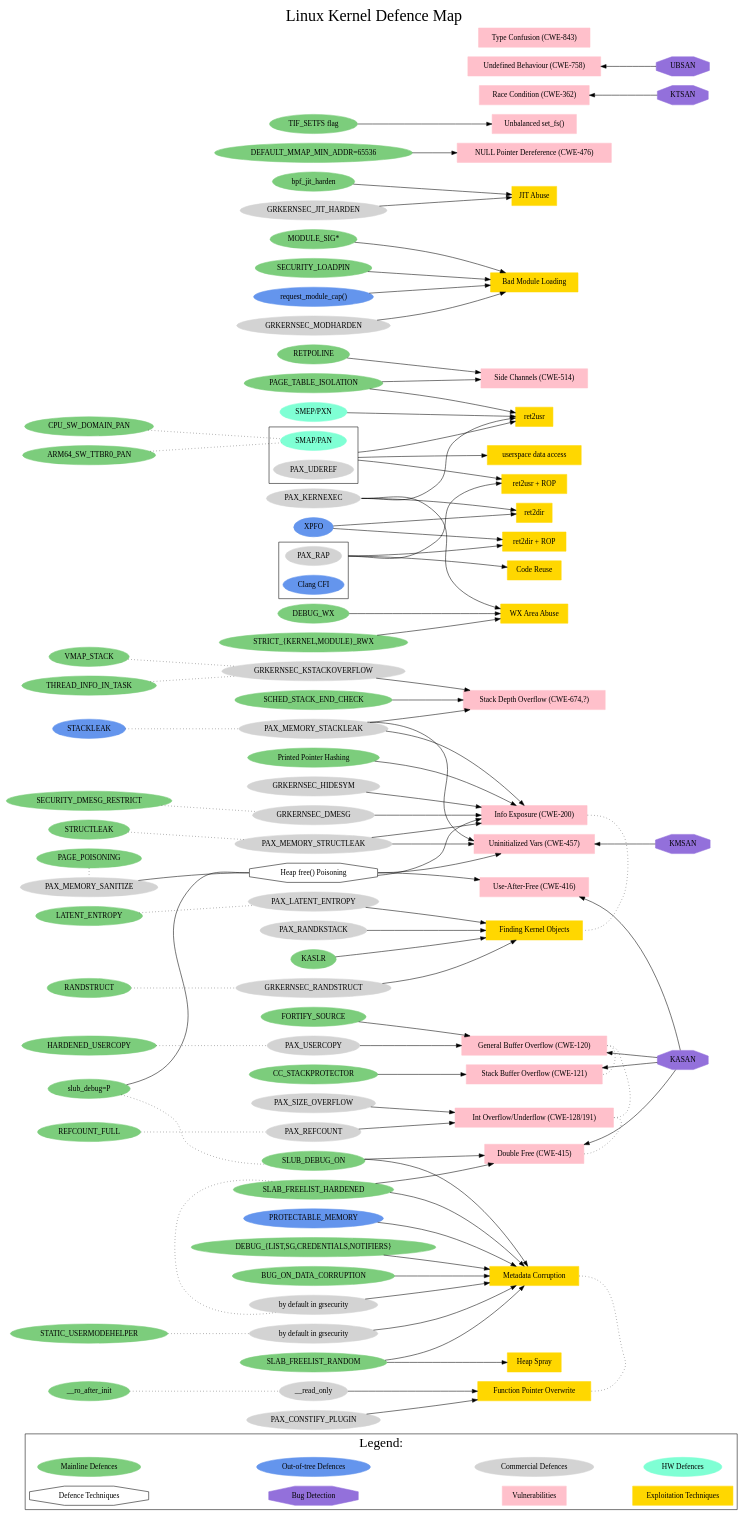
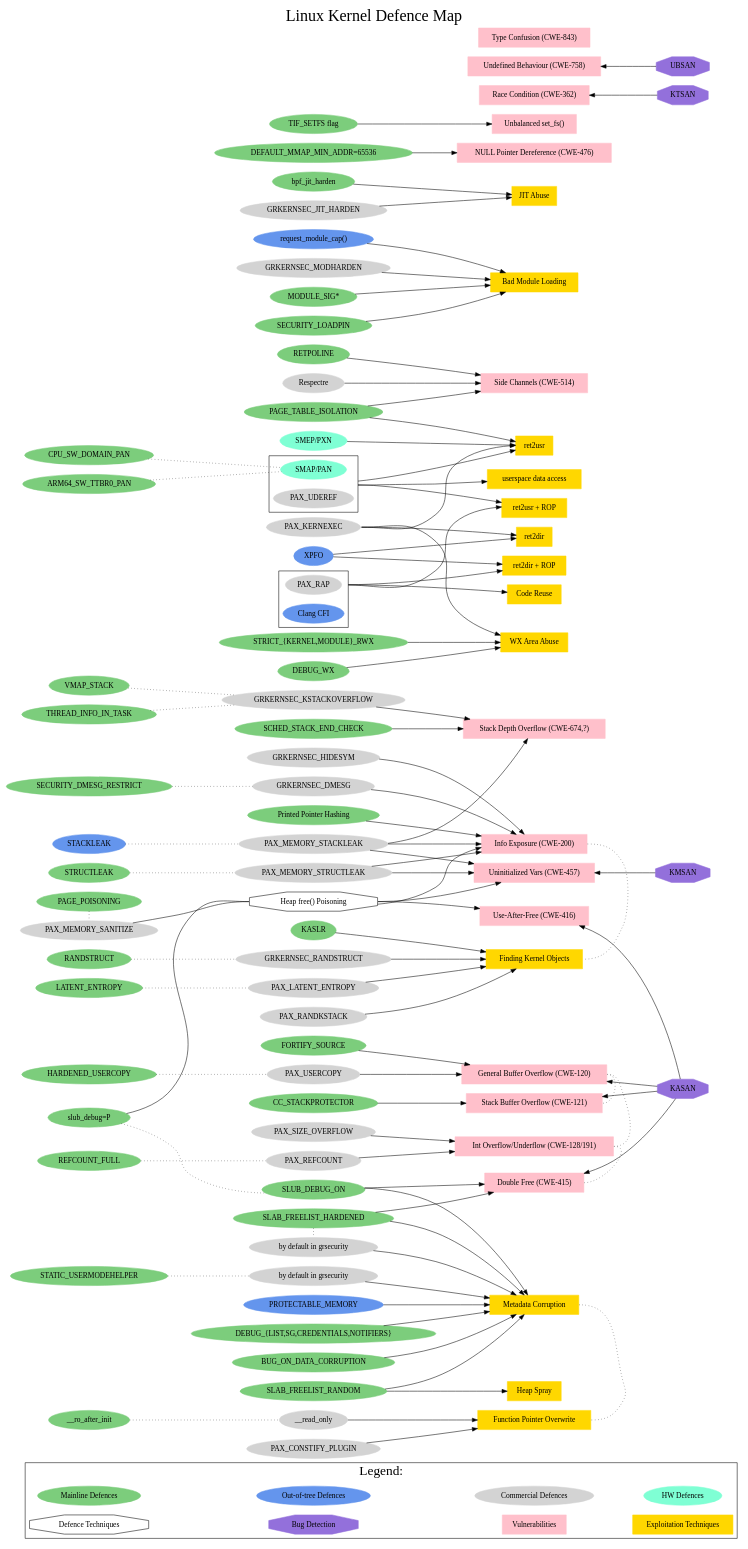
The diagram in linux-kernel-defence-map.dot (a13xp0p0v/linux-kernel-defence-map), drawn with Graphviz before and after one commit. The commit also changed 2 other files, not shown here.

Commit message:
Add Respectre (and update README)

```diff
--- a/linux-kernel-defence-map.dot
+++ b/linux-kernel-defence-map.dot
@@ -115,6 +115,7 @@
     "GRKERNSEC_DMESG";
     grsecurity_hardened_freelist [label="by default in grsecurity"];
     grsecurity_hardened_usermodehelper [label="by default in grsecurity"];
+    "Respectre";
 
     // HW Defences
     node [shape=oval, color=aquamarine];
@@ -287,6 +288,7 @@
 
   "PAGE_TABLE_ISOLATION" -> "Side Channels (CWE-514)";
   "RETPOLINE" -> "Side Channels (CWE-514)";
+  "Respectre" -> "Side Channels (CWE-514)";
 
   "TIF_SETFS flag" -> "Unbalanced set_fs()";
 
```
